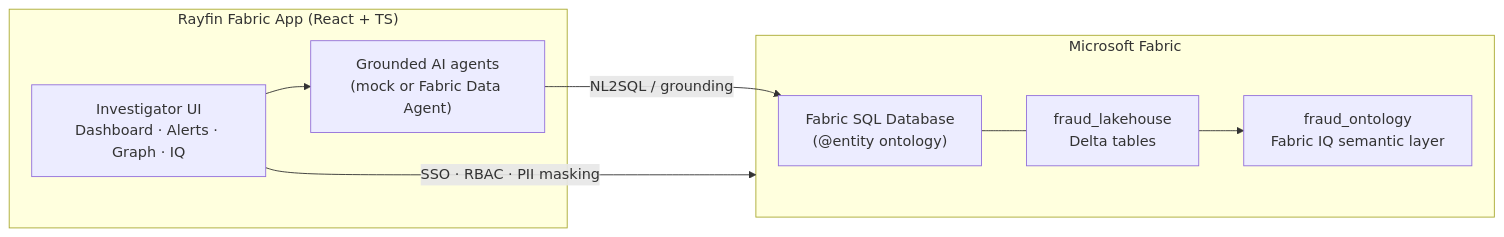
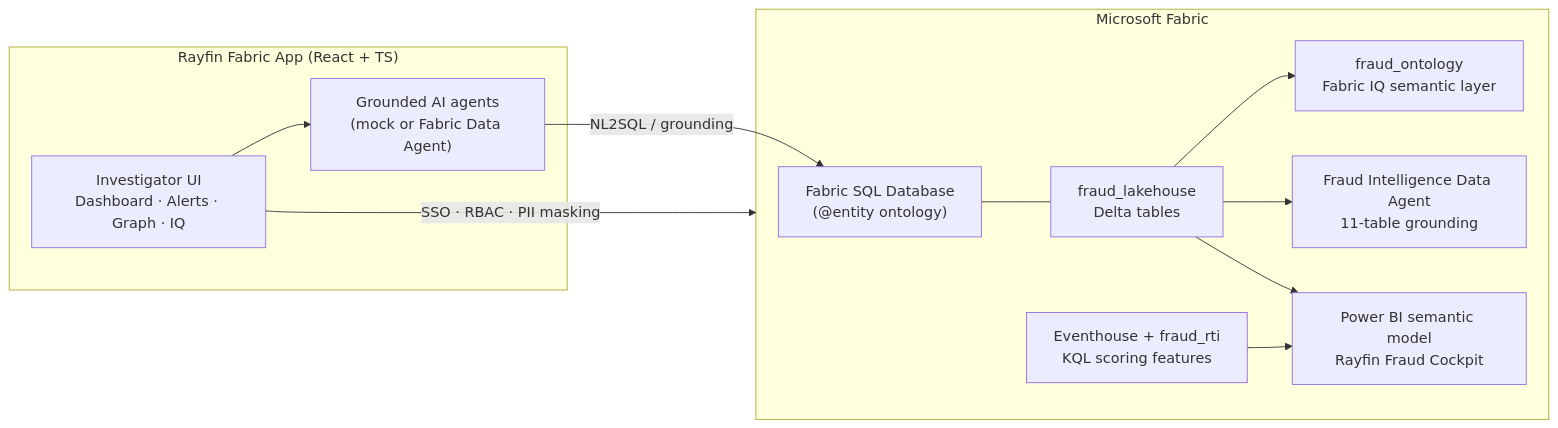
One commit to EtienneSIG/Fabric_Fraud_analysis changed the diagram in README.md. Above: the diagram before and after it, drawn with Mermaid. The commit also changed other lines of this file, not shown here.

````diff
--- a/README.md
+++ b/README.md
@@ -47,17 +55,23 @@
 ```mermaid
 flowchart LR
   subgraph App["Rayfin Fabric App (React + TS)"]
     UI["Investigator UI<br/>Dashboard · Alerts · Graph · IQ"]
     AG["Grounded AI agents<br/>(mock or Fabric Data Agent)"]
   end
   subgraph Fabric["Microsoft Fabric"]
     SQL["Fabric SQL Database<br/>(@entity ontology)"]
     LH["fraud_lakehouse<br/>Delta tables"]
     ONT["fraud_ontology<br/>Fabric IQ semantic layer"]
+    DA["Fraud Intelligence Data Agent<br/>11-table grounding"]
+    RT["Eventhouse + fraud_rti<br/>KQL scoring features"]
+    BI["Power BI semantic model<br/>Rayfin Fraud Cockpit"]
   end
   UI --> AG
   AG -->|NL2SQL / grounding| SQL
   SQL --- LH
   LH --> ONT
+  LH --> DA
+  RT --> BI
+  LH --> BI
   UI -->|SSO · RBAC · PII masking| Fabric
 ```
````
